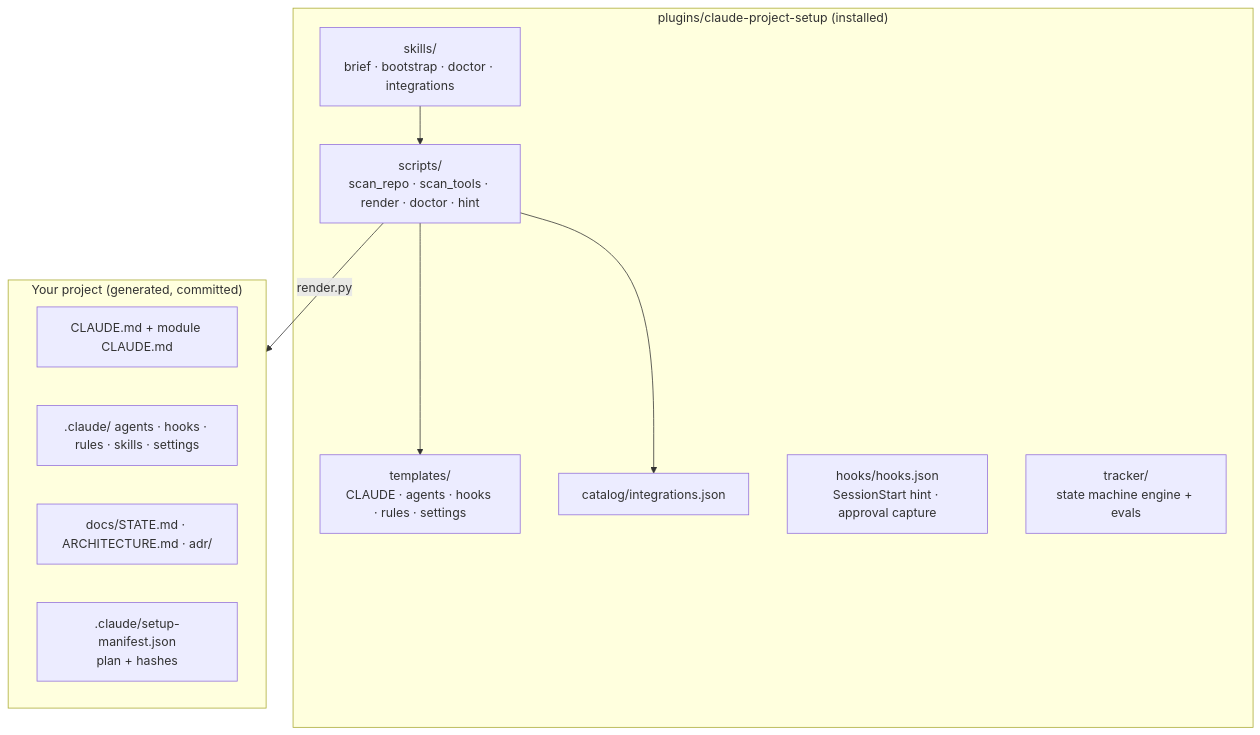
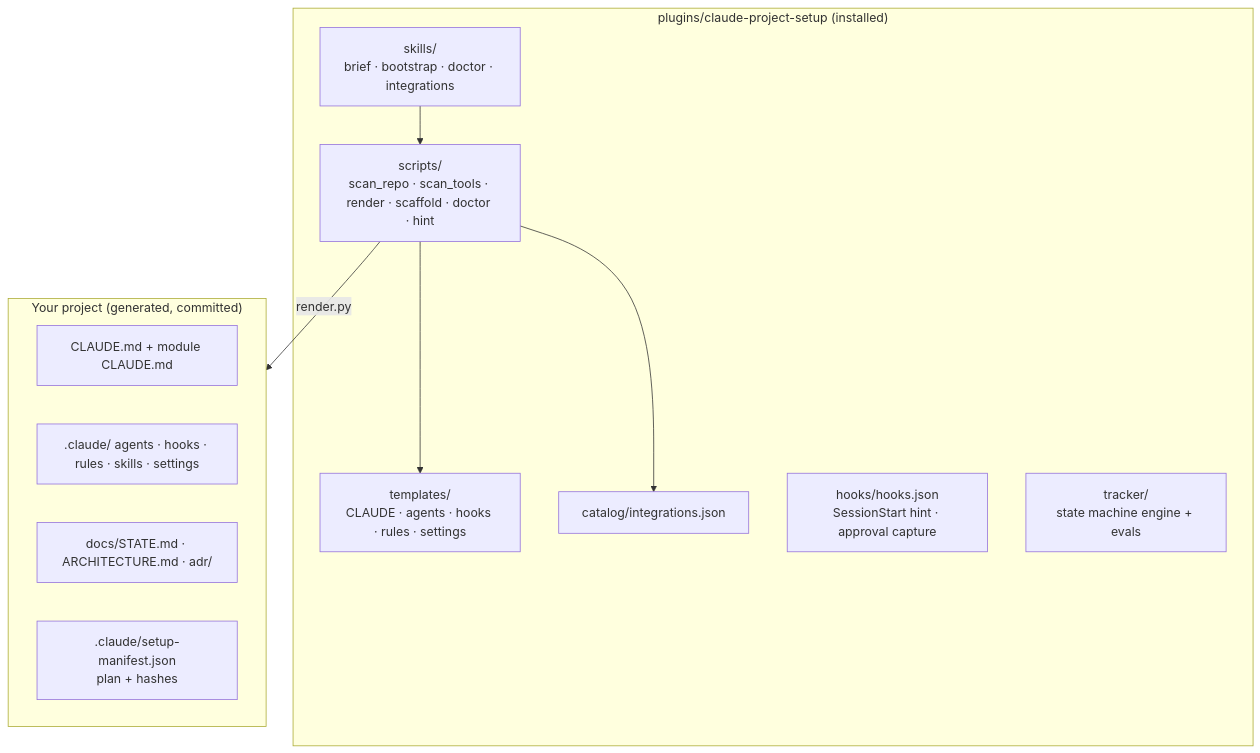
One commit to sarveshtalele/claude-project-setup changed the first of 2 diagrams in docs/architecture.md. Above: the diagram before and after it, drawn with Mermaid. The commit also changed other lines of this file and 21 other files, not shown here.

First line of the commit message:
feat: project types, create-skill and create-plugin generators (roadmap P4)

````diff
--- a/docs/architecture.md
+++ b/docs/architecture.md
@@ -3,21 +3,21 @@
 ```mermaid
 flowchart TB
     subgraph Plugin["plugins/claude-project-setup (installed)"]
       SK["skills/<br/>brief · bootstrap · doctor · integrations"]
-      SC["scripts/<br/>scan_repo · scan_tools · render · doctor · hint"]
+      SC["scripts/<br/>scan_repo · scan_tools · render · scaffold · doctor · hint"]
       TP["templates/<br/>CLAUDE · agents · hooks · rules · settings"]
       CA["catalog/integrations.json"]
       HK["hooks/hooks.json<br/>SessionStart hint · approval capture"]
       TR["tracker/<br/>state machine engine + evals"]
     end
     subgraph Project["Your project (generated, committed)"]
       CM["CLAUDE.md + module CLAUDE.md"]
       CL[".claude/ agents · hooks · rules · skills · settings"]
       DO["docs/STATE.md · ARCHITECTURE.md · adr/"]
       MF[".claude/setup-manifest.json<br/>plan + hashes"]
     end
     SK --> SC
     SC --> TP
     SC --> CA
     SC -- "render.py" --> Project
 ```
````
